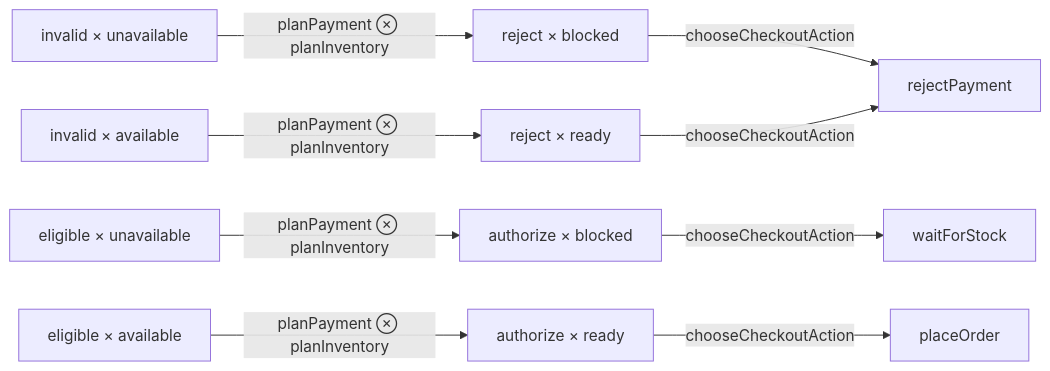
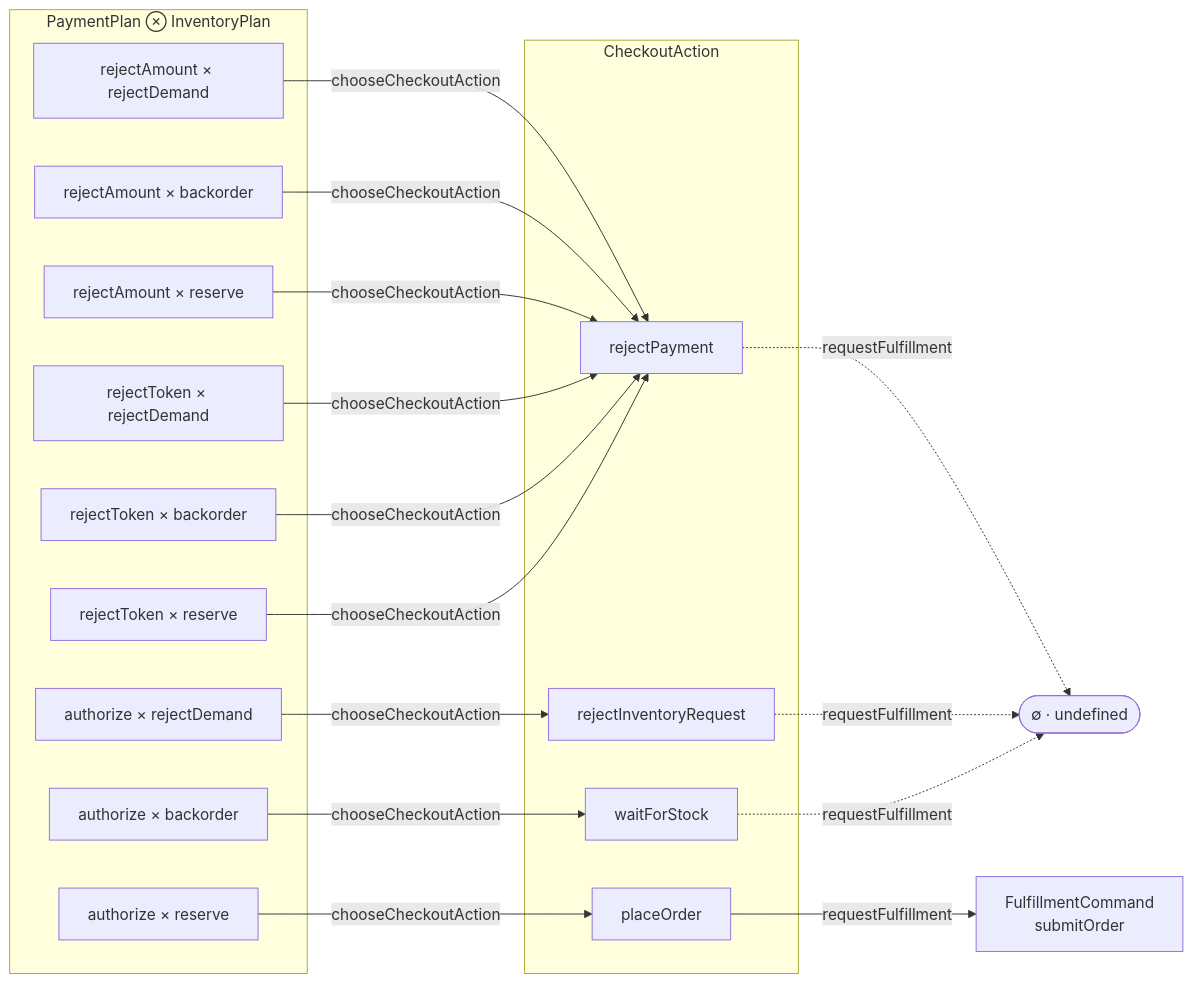
Before and after one commit to mrvanish97/archiscript: the third of 3 diagrams in README.md, drawn with Mermaid. The commit also changed other lines of this file and 1 other file, not shown here.

````diff
--- a/README.md
+++ b/README.md
@@ -421,7 +112,39 @@
 ```mermaid
 flowchart LR
-  A["invalid × unavailable"] -->|"planPayment ⊗ planInventory"| A1["reject × blocked"] -->|"chooseCheckoutAction"| X["rejectPayment"]
-  B["invalid × available"] -->|"planPayment ⊗ planInventory"| B1["reject × ready"] -->|"chooseCheckoutAction"| X
-  C["eligible × unavailable"] -->|"planPayment ⊗ planInventory"| C1["authorize × blocked"] -->|"chooseCheckoutAction"| Y["waitForStock"]
-  D["eligible × available"] -->|"planPayment ⊗ planInventory"| D1["authorize × ready"] -->|"chooseCheckoutAction"| Z["placeOrder"]
+  subgraph PLAN["PaymentPlan ⊗ InventoryPlan"]
+    A0["rejectAmount × rejectDemand"]
+    A1["rejectAmount × backorder"]
+    A2["rejectAmount × reserve"]
+    B0["rejectToken × rejectDemand"]
+    B1["rejectToken × backorder"]
+    B2["rejectToken × reserve"]
+    C0["authorize × rejectDemand"]
+    C1["authorize × backorder"]
+    C2["authorize × reserve"]
+  end
+
+  subgraph ACTION["CheckoutAction"]
+    R["rejectPayment"]
+    V["rejectInventoryRequest"]
+    W["waitForStock"]
+    O["placeOrder"]
+  end
+
+  F["FulfillmentCommand<br/>submitOrder"]
+  N(["∅ · undefined"])
+
+  A0 -->|"chooseCheckoutAction"| R
+  A1 -->|"chooseCheckoutAction"| R
+  A2 -->|"chooseCheckoutAction"| R
+  B0 -->|"chooseCheckoutAction"| R
+  B1 -->|"chooseCheckoutAction"| R
+  B2 -->|"chooseCheckoutAction"| R
+  C0 -->|"chooseCheckoutAction"| V
+  C1 -->|"chooseCheckoutAction"| W
+  C2 -->|"chooseCheckoutAction"| O
+
+  R -.->|"requestFulfillment"| N
+  V -.->|"requestFulfillment"| N
+  W -.->|"requestFulfillment"| N
+  O -->|"requestFulfillment"| F
 ```
````
